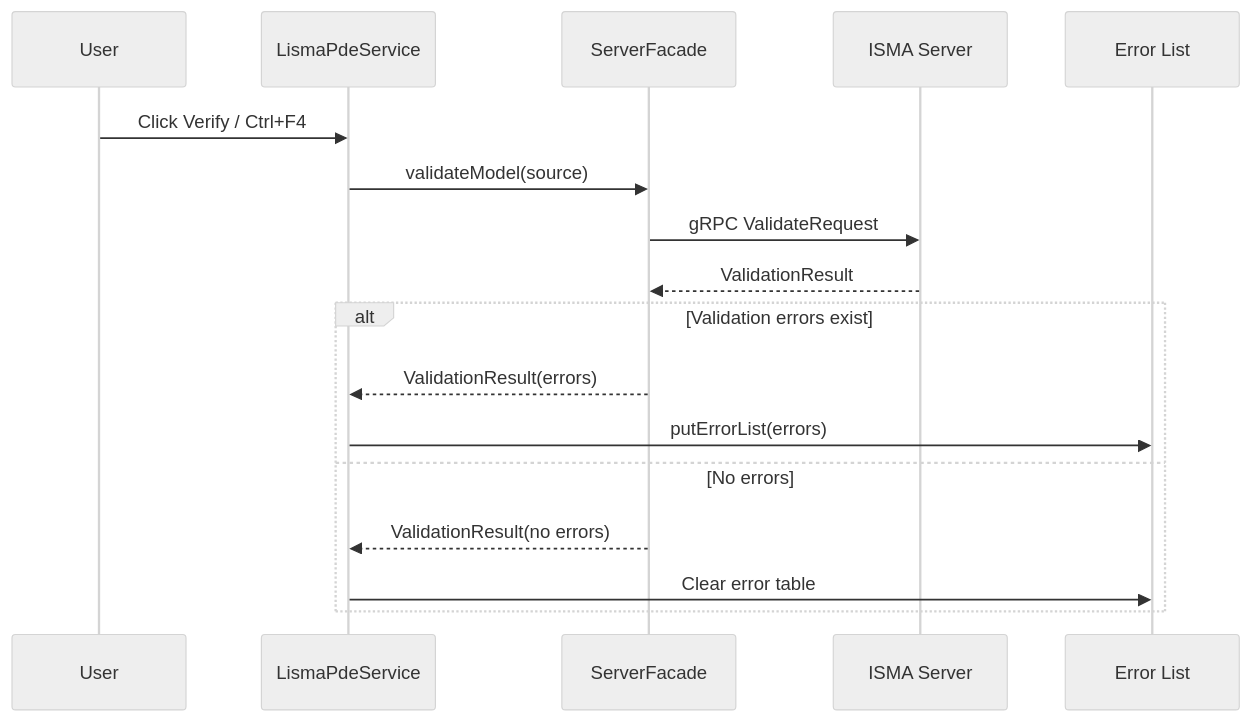
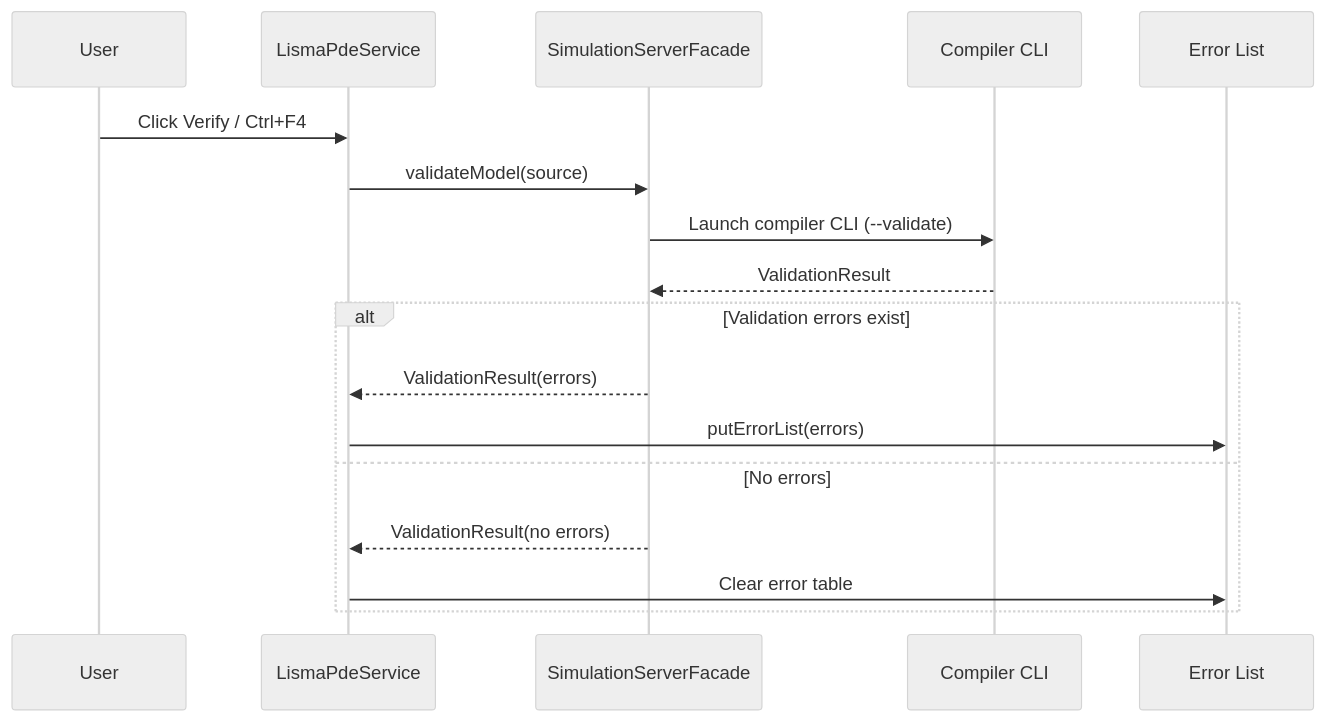
Before and after one commit to SmallBossGames/isma: the fourth of 4 diagrams in docs/isma-ui/06-ux-reference.md, drawn with Mermaid (neutral theme). The commit also changed other lines of this file and 76 other files, not shown here.

````diff
--- a/docs/isma-ui/06-ux-reference.md
+++ b/docs/isma-ui/06-ux-reference.md
@@ -527,20 +527,20 @@
 ```mermaid
 sequenceDiagram
     participant U as User
     participant LismaPde as LismaPdeService
-    participant Facade as ServerFacade
-    participant Server as ISMA Server
+    participant Facade as SimulationServerFacade
+    participant Compiler as Compiler CLI
     participant Error as Error List
 
     U->>LismaPde: Click Verify / Ctrl+F4
     LismaPde->>Facade: validateModel(source)
-    Facade->>Server: gRPC ValidateRequest
-    Server-->>Facade: ValidationResult
+    Facade->>Compiler: Launch compiler CLI (--validate)
+    Compiler-->>Facade: ValidationResult
     alt Validation errors exist
         Facade-->>LismaPde: ValidationResult(errors)
         LismaPde->>Error: putErrorList(errors)
     else No errors
         Facade-->>LismaPde: ValidationResult(no errors)
         LismaPde->>Error: Clear error table
     end
 ```
````
